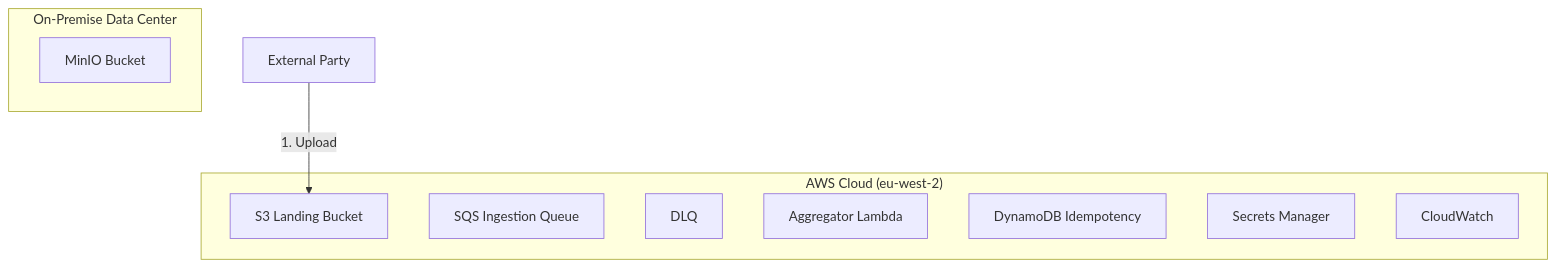
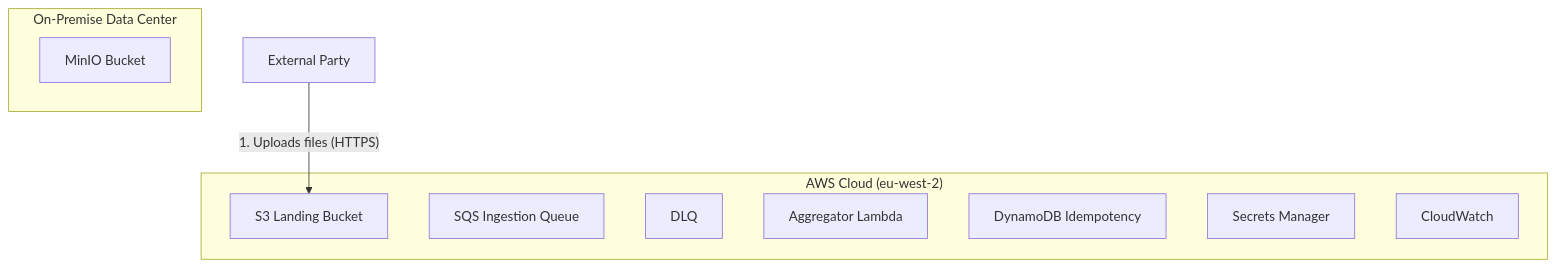
Before and after one commit to jathorp/data-agregator: the diagram in src/data_aggregator/README.md, drawn with Mermaid.

Commit message:
Added README for the lambda code

````diff
--- a/src/data_aggregator/README.md
+++ b/src/data_aggregator/README.md
@@ -11,24 +11,25 @@
 ```mermaid
 flowchart TD
   %% External party
   ExternalParty["External Party"]
 
   %% ───── On‑prem ─────
   subgraph OnPrem["On‑Premise Data Center"]
     MinIO["MinIO Bucket"]
   end
 
   %% ───── AWS ─────
   subgraph AWS["AWS Cloud (eu‑west‑2)"]
     S3["S3 Landing Bucket"]
     SQS["SQS Ingestion Queue"]
     DLQ["DLQ"]
     Lambda["Aggregator Lambda"]
     Dynamo["DynamoDB Idempotency"]
     Secrets["Secrets Manager"]
     CW["CloudWatch"]
   end
 
-  ExternalParty -->|"1. Upload"| S3
+  %% ───────── Edges ─────────
+  ExternalParty -->|"1. Uploads files (HTTPS)"| S3
 
 ```
````
